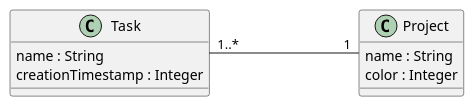
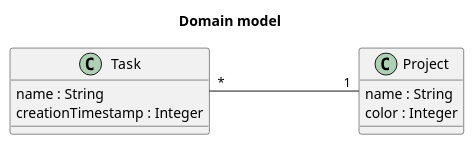
One commit to sitatec/Todoc changed the diagram in app/src/uml/class_diagram/domain_model_class_diagram.puml. Above: the diagram before and after it, drawn with PlantUML. The commit also changed 2 other files, not shown here.

Commit message:
update uml diagrams

```diff
--- a/app/src/uml/class_diagram/domain_model_class_diagram.puml
+++ b/app/src/uml/class_diagram/domain_model_class_diagram.puml
@@ -1,17 +1,19 @@
 @startuml
+
+    title "Domain model"
 
     skinparam nodesep 150
 
     class Task {
         name : String
         creationTimestamp : Integer
     }
 
     class Project {
         name : String
         color : Integer
     }
 
-    Task "1..*" - "1" Project
+    Task "*" - "1" Project
 
 @enduml
```
